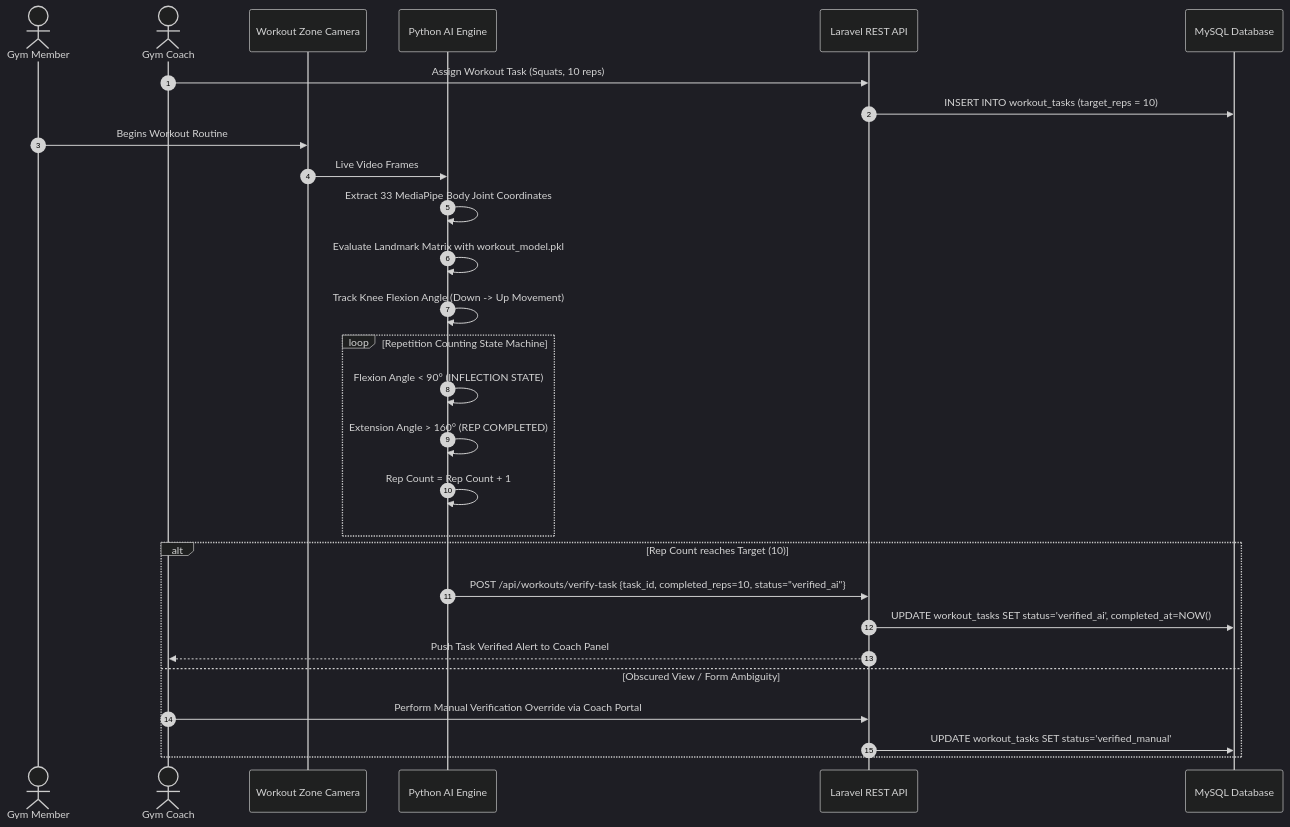
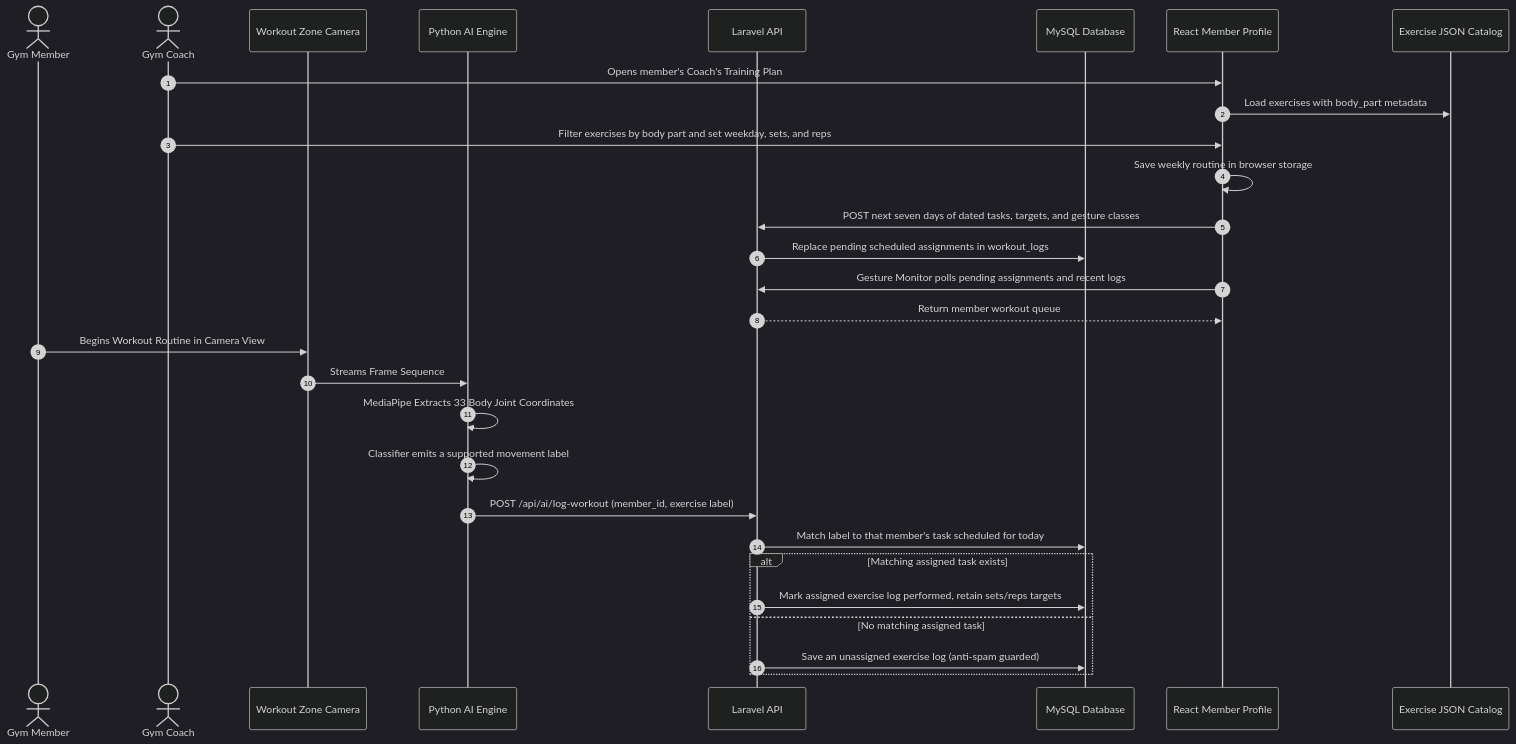
One commit to Plonteras191/GYM2-CAPSTONE changed the seventh of 7 diagrams in DOCUMENTATION/Product Requirements Documents/System diagrams/System Diagrams.md. Above: the diagram before and after it, drawn with Mermaid (dark theme). The commit also changed other lines of this file and 10 other files, not shown here.

First line of the commit message:
Update outdated diagrams in the documentation to match the system

````diff
--- a/DOCUMENTATION/Product Requirements Documents/System diagrams/System Diagrams.md
+++ b/DOCUMENTATION/Product Requirements Documents/System diagrams/System Diagrams.md
@@ -334,34 +366,33 @@
 ```mermaid
 sequenceDiagram
     autonumber
     actor Member as Gym Member
     actor Coach as Gym Coach
     participant Cam as Workout Zone Camera
-    participant PyAI as Python AI Engine
-    participant LV as Laravel REST API
+    participant Py as Python AI Engine
+    participant LV as Laravel API
     participant DB as MySQL Database
+    participant UI as React Member Profile
+    participant Catalog as Exercise JSON Catalog
 
-    Coach->>LV: Assign Workout Task (Squats, 10 reps)
-    LV->>DB: INSERT INTO workout_tasks (target_reps = 10)
+    Coach->>UI: Opens member's Coach's Training Plan
+    UI->>Catalog: Load exercises with body_part metadata
+    Coach->>UI: Filter exercises by body part and set weekday, sets, and reps
+    UI->>UI: Save weekly routine in browser storage
+    UI->>LV: POST next seven days of dated tasks, targets, and gesture classes
+    LV->>DB: Replace pending scheduled assignments in workout_logs
+    UI->>LV: Gesture Monitor polls pending assignments and recent logs
+    LV-->>UI: Return member workout queue
     
-    Member->>Cam: Begins Workout Routine
-    Cam->>PyAI: Live Video Frames
-    PyAI->>PyAI: Extract 33 MediaPipe Body Joint Coordinates
-    PyAI->>PyAI: Evaluate Landmark Matrix with workout_model.pkl
-    PyAI->>PyAI: Track Knee Flexion Angle (Down -> Up Movement)
-    
-    loop Repetition Counting State Machine
-        PyAI->>PyAI: Flexion Angle < 90° (INFLECTION STATE)
-        PyAI->>PyAI: Extension Angle > 160° (REP COMPLETED)
-        PyAI->>PyAI: Rep Count = Rep Count + 1
-    end
-    
-    alt Rep Count reaches Target (10)
-        PyAI->>LV: POST /api/workouts/verify-task {task_id, completed_reps=10, status="verified_ai"}
-        LV->>DB: UPDATE workout_tasks SET status='verified_ai', completed_at=NOW()
-        LV-->>Coach: Push Task Verified Alert to Coach Panel
-    else Obscured View / Form Ambiguity
-        Coach->>LV: Perform Manual Verification Override via Coach Portal
-        LV->>DB: UPDATE workout_tasks SET status='verified_manual'
+    Member->>Cam: Begins Workout Routine in Camera View
+    Cam->>Py: Streams Frame Sequence
+    Py->>Py: MediaPipe Extracts 33 Body Joint Coordinates
+    Py->>Py: Classifier emits a supported movement label
+    Py->>LV: POST /api/ai/log-workout (member_id, exercise label)
+    LV->>DB: Match label to that member's task scheduled for today
+    alt Matching assigned task exists
+        LV->>DB: Mark assigned exercise log performed, retain sets/reps targets
+    else No matching assigned task
+        LV->>DB: Save an unassigned exercise log (anti-spam guarded)
     end
 ```
````
